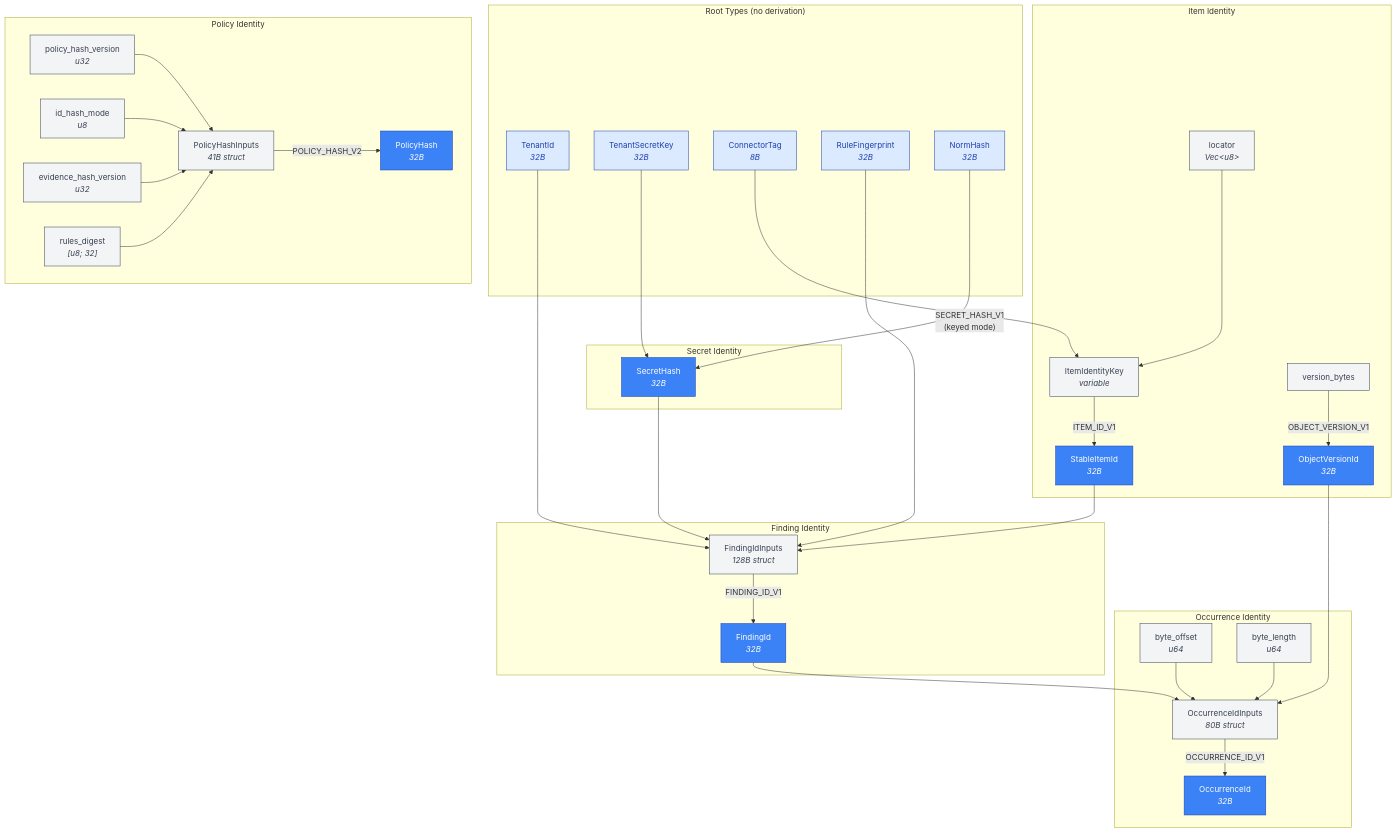
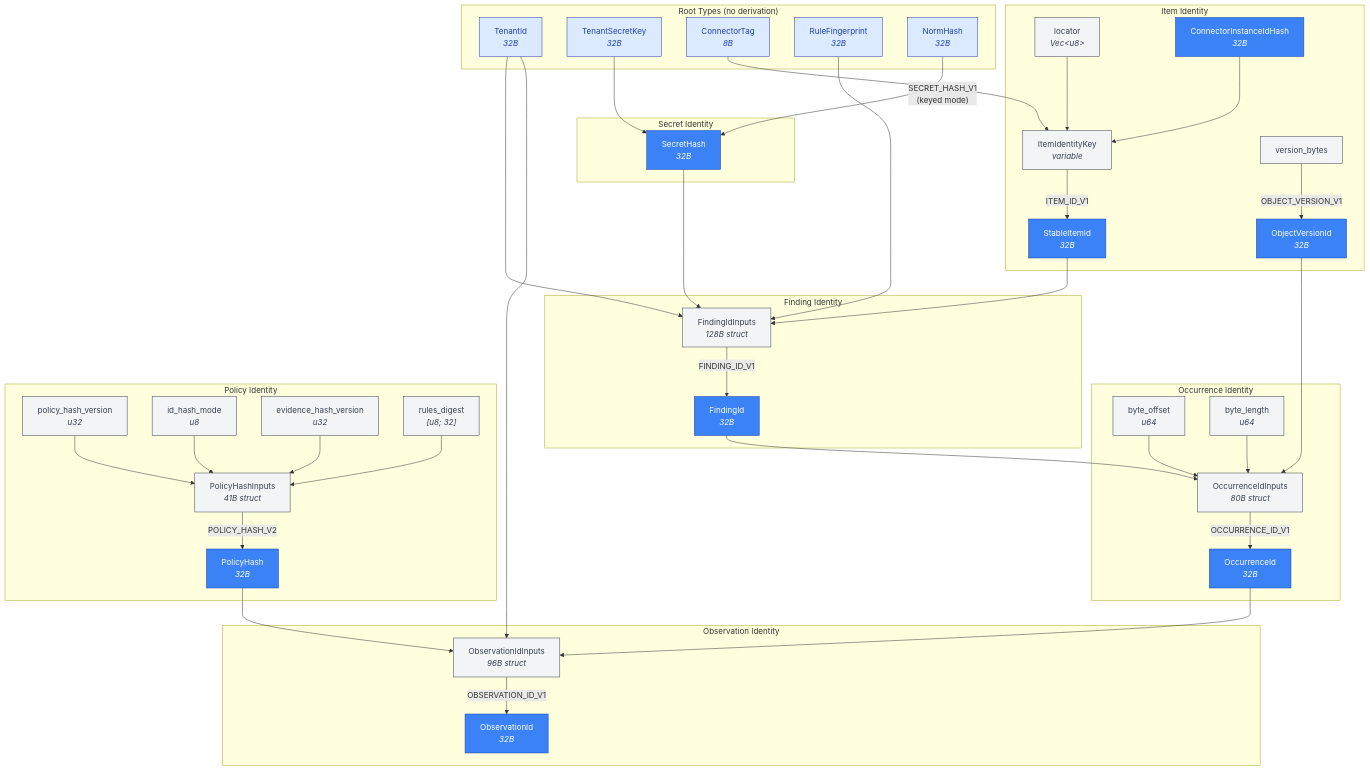
The first of 7 diagrams in diagrams/03-id-derivation-dag.md (ahrav/Gossip-rs), drawn with Mermaid before and after one commit. The commit also changed other lines of this file and 29 other files, not shown here.

First line of the commit message:
Update diagram directory inventory and diagram counts

````diff
--- a/diagrams/03-id-derivation-dag.md
+++ b/diagrams/03-id-derivation-dag.md
@@ -17,5 +17,5 @@
 ```mermaid
-%% Diagram: full-15-type-dag
+%% Diagram: full-19-type-dag
 graph TD
     subgraph Roots ["Root Types (no derivation)"]
         TenantId["TenantId<br/><i>32B</i>"]
@@ -27,6 +27,7 @@
 
     subgraph ItemIdentity ["Item Identity"]
         locator["locator<br/><i>Vec&lt;u8&gt;</i>"]
+        ConnectorInstanceIdHash["ConnectorInstanceIdHash<br/><i>32B</i>"]
         ItemIdentityKey["ItemIdentityKey<br/><i>variable</i>"]
         StableItemId["StableItemId<br/><i>32B</i>"]
         version_bytes["version_bytes"]
@@ -49,6 +50,11 @@
         OccurrenceId["OccurrenceId<br/><i>32B</i>"]
     end
 
+    subgraph ObservationIdentity ["Observation Identity"]
+        ObservationIdInputs["ObservationIdInputs<br/><i>96B struct</i>"]
+        ObservationId["ObservationId<br/><i>32B</i>"]
+    end
+
     subgraph PolicyIdentity ["Policy Identity"]
         policy_hash_version["policy_hash_version<br/><i>u32</i>"]
         id_hash_mode["id_hash_mode<br/><i>u8</i>"]
@@ -60,6 +66,7 @@
 
     %% Item chain
     ConnectorTag --> ItemIdentityKey
+    ConnectorInstanceIdHash --> ItemIdentityKey
     locator --> ItemIdentityKey
     ItemIdentityKey -->|"ITEM_ID_V1"| StableItemId
     version_bytes -->|"OBJECT_VERSION_V1"| ObjectVersionId
@@ -82,6 +89,12 @@
     byte_length --> OccurrenceIdInputs
     OccurrenceIdInputs -->|"OCCURRENCE_ID_V1"| OccurrenceId
 
+    %% Observation chain
+    TenantId --> ObservationIdInputs
+    PolicyHash --> ObservationIdInputs
+    OccurrenceId --> ObservationIdInputs
+    ObservationIdInputs -->|"OBSERVATION_ID_V1"| ObservationId
+
     %% Policy chain
     policy_hash_version --> PolicyHashInputs
     id_hash_mode --> PolicyHashInputs
@@ -102,11 +115,14 @@
     style FindingId fill:#3B82F6,stroke:#1E40AF,color:#FFFFFF
     style OccurrenceId fill:#3B82F6,stroke:#1E40AF,color:#FFFFFF
     style PolicyHash fill:#3B82F6,stroke:#1E40AF,color:#FFFFFF
+    style ConnectorInstanceIdHash fill:#3B82F6,stroke:#1E40AF,color:#FFFFFF
+    style ObservationId fill:#3B82F6,stroke:#1E40AF,color:#FFFFFF
 
     style ItemIdentityKey fill:#F3F4F6,stroke:#374151,color:#374151
     style FindingIdInputs fill:#F3F4F6,stroke:#374151,color:#374151
     style OccurrenceIdInputs fill:#F3F4F6,stroke:#374151,color:#374151
     style PolicyHashInputs fill:#F3F4F6,stroke:#374151,color:#374151
+    style ObservationIdInputs fill:#F3F4F6,stroke:#374151,color:#374151
 
     style locator fill:#F3F4F6,stroke:#374151,color:#374151
     style version_bytes fill:#F3F4F6,stroke:#374151,color:#374151
````
